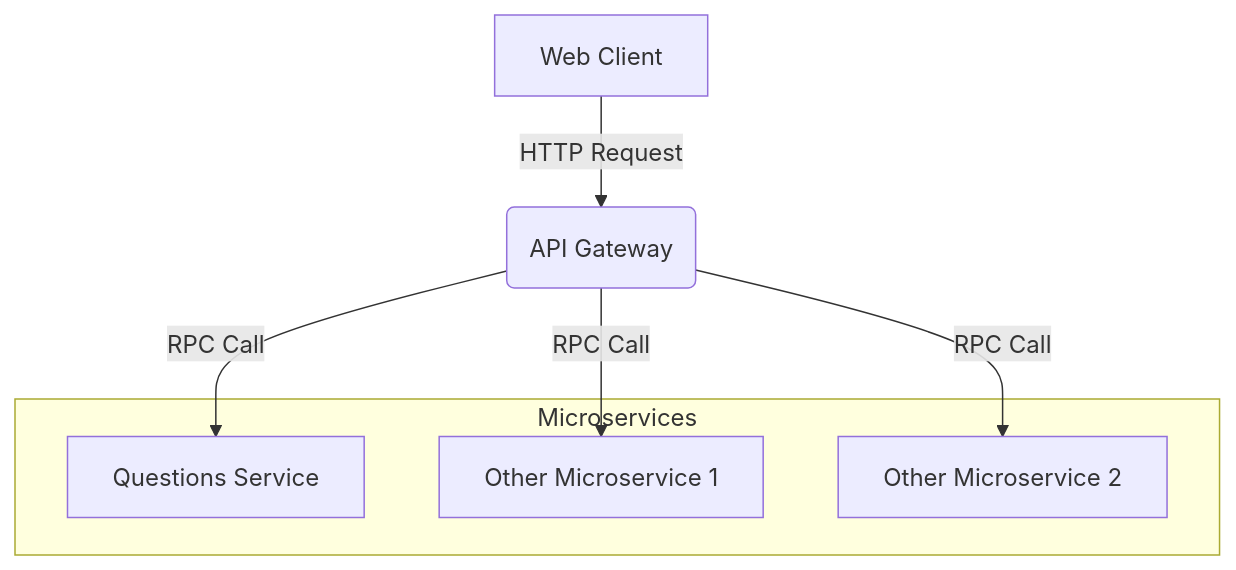
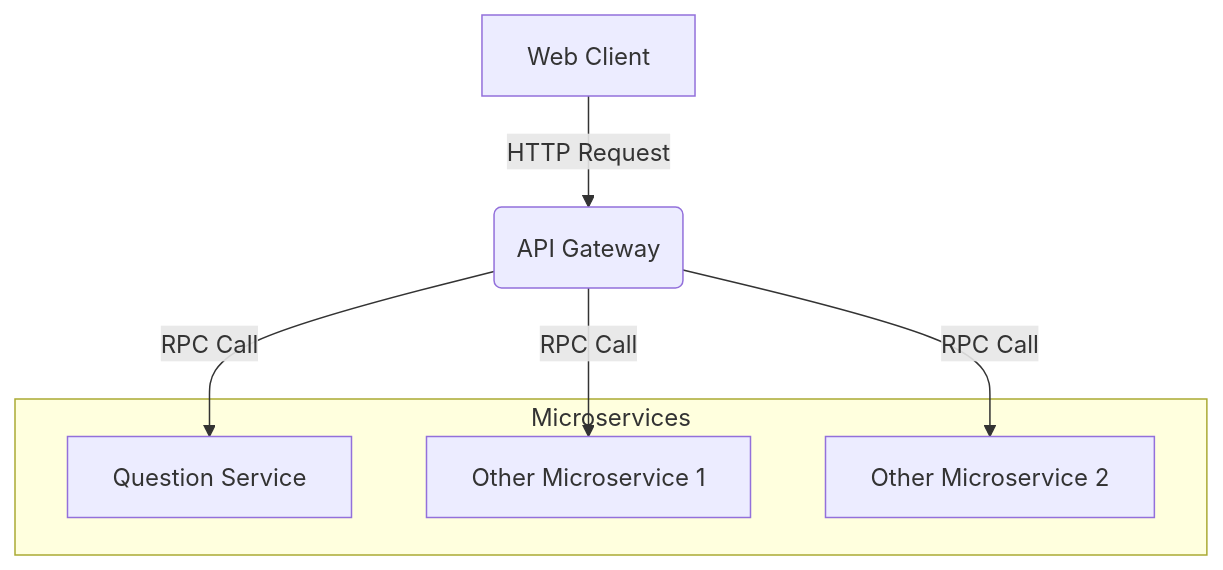
One commit to CS3219-AY2425S1/nus-cs3219-ay2425s1-cs3219-ay2425s1-project-project-template changed the diagram in project/README.md. Above: the diagram before and after it, drawn with Mermaid. The commit also changed other lines of this file and 24 other files, not shown here.

Commit message:
Containerisation for api-gateway and question-service (#22)

````diff
--- a/project/README.md
+++ b/project/README.md
@@ -15,13 +15,13 @@
 ```mermaid
 graph TD
     A[Web Client] -->|HTTP Request| B(API Gateway)
-    B -->|RPC Call| C[Questions Service]
+    B -->|RPC Call| C[Question Service]
     B -->|RPC Call| D[Other Microservice 1]
     B -->|RPC Call| E[Other Microservice 2]
 
     subgraph Microservices
         C
         D
         E
     end
 ```
````
